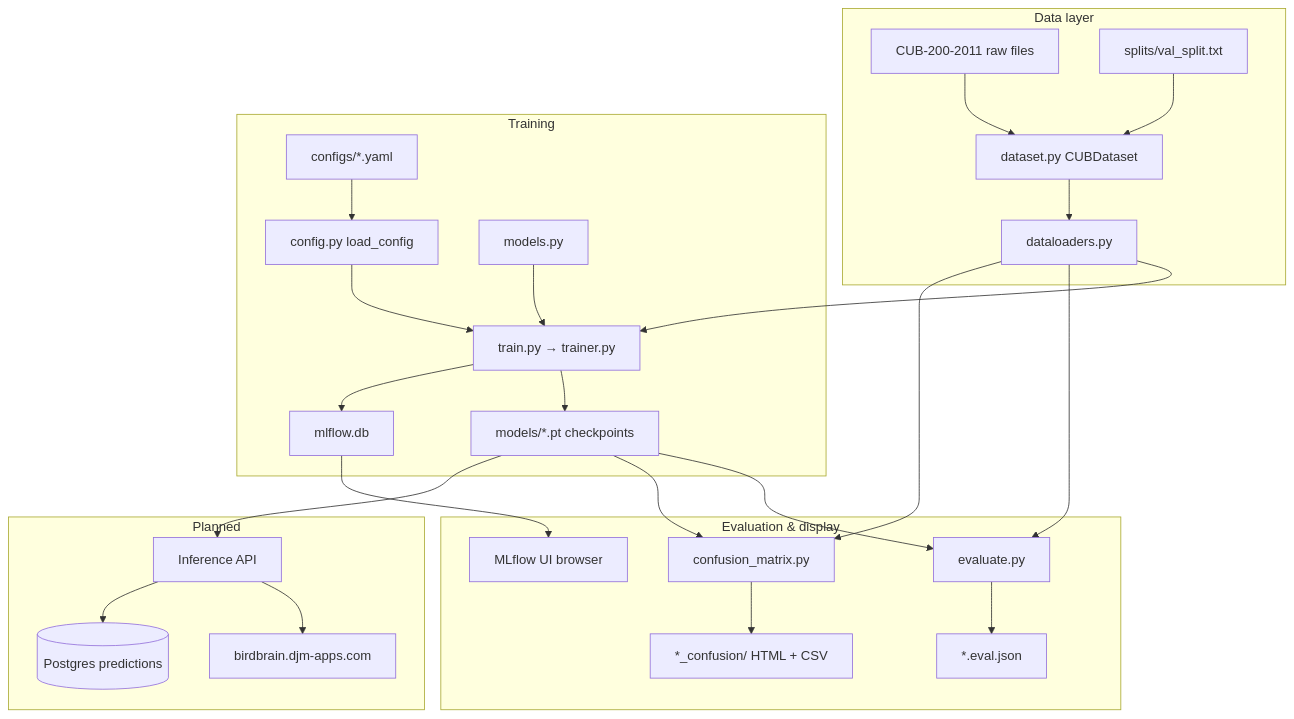
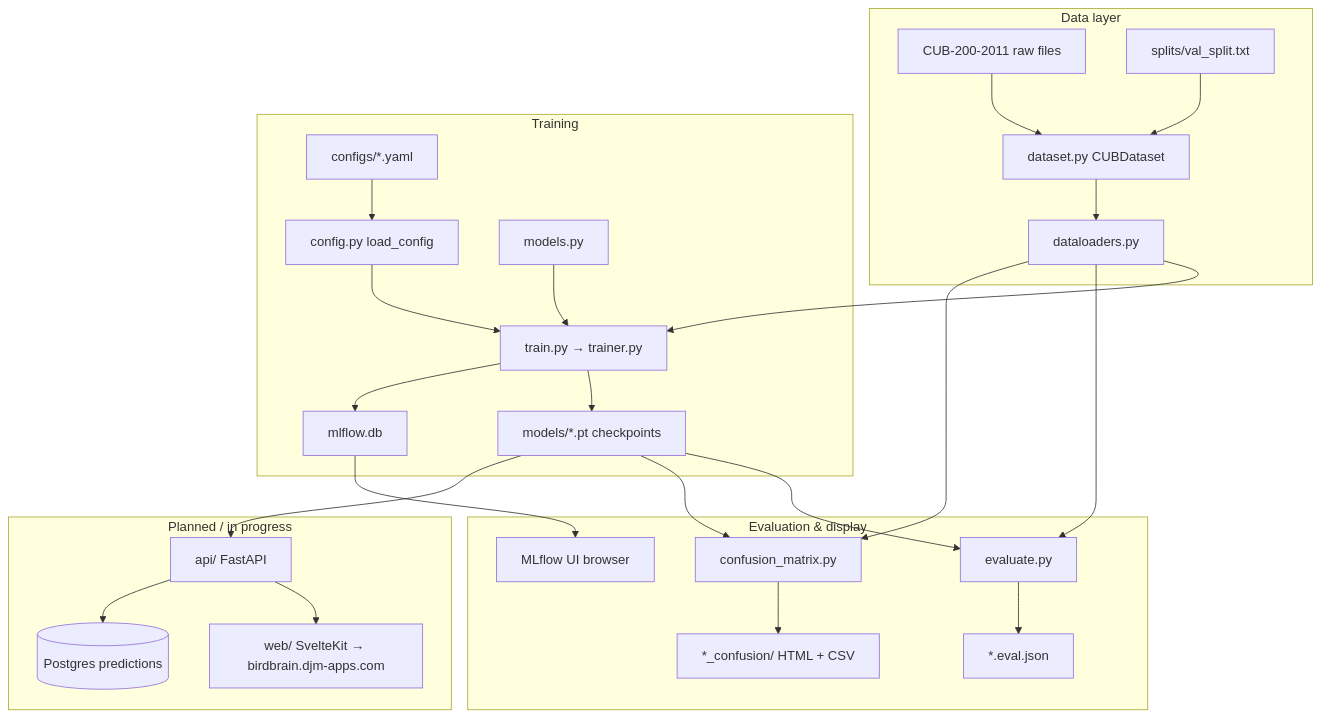
One commit to djmartin2019/BirdBrain changed the diagram in docs/overview.md. Above: the diagram before and after it, drawn with Mermaid. The commit also changed other lines of this file and 13 other files, not shown here.

Commit message:
(feat): Add FastAPI multi-model inference API and wire upload UI Serve EfficientNet-B0 and ResNet-50 checkpoints with top-5 percentage predictions, shared inference utilities, and a model picker on the identify page.

````diff
--- a/docs/overview.md
+++ b/docs/overview.md
@@ -7,36 +7,36 @@
 ```mermaid
 flowchart TB
   subgraph data [Data layer]
     CUB[CUB-200-2011 raw files]
     Split[splits/val_split.txt]
     CUB --> Dataset[dataset.py CUBDataset]
     Split --> Dataset
     Dataset --> Loaders[dataloaders.py]
   end
 
   subgraph train [Training]
     YAML[configs/*.yaml]
     YAML --> Config[config.py load_config]
     Config --> Train[train.py → trainer.py]
     Loaders --> Train
     Models[models.py] --> Train
     Train --> CKPT[models/*.pt checkpoints]
     Train --> MLflow[mlflow.db]
   end
 
   subgraph eval [Evaluation & display]
     CKPT --> Eval[evaluate.py]
     CKPT --> CM[confusion_matrix.py]
     Loaders --> Eval
     Loaders --> CM
     Eval --> JSON["*.eval.json"]
     CM --> Reports["*_confusion/ HTML + CSV"]
     MLflow --> UI[MLflow UI browser]
   end
 
-  subgraph planned [Planned]
-    CKPT --> API[Inference API]
-    API --> Web[birdbrain.djm-apps.com]
+  subgraph planned [Planned / in progress]
+    CKPT --> API[api/ FastAPI]
+    API --> Web[web/ SvelteKit → birdbrain.djm-apps.com]
     API --> PG[(Postgres predictions)]
   end
 ```
````
